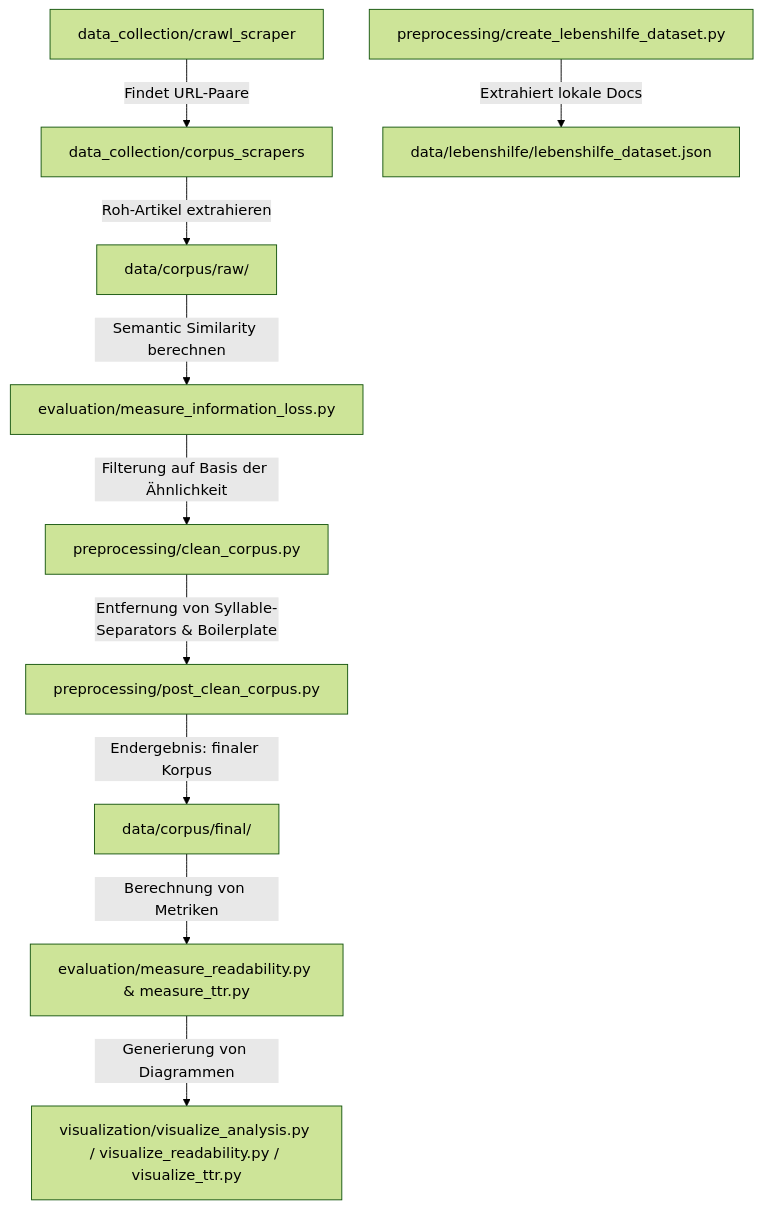
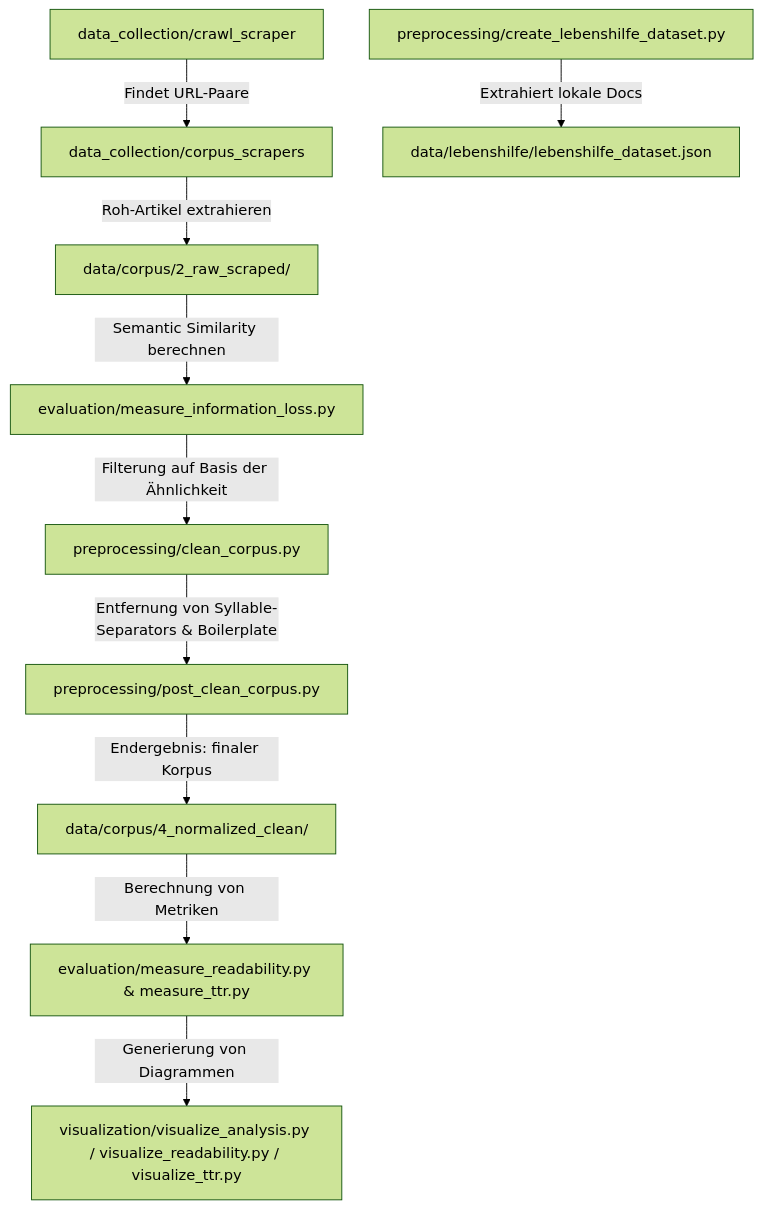
One commit to mcfiet/master-thesis changed the diagram in README.md. Above: the diagram before and after it, drawn with Mermaid (forest theme). The commit also changed other lines of this file and 72 other files, not shown here.

````diff
--- a/README.md
+++ b/README.md
@@ -92,12 +108,12 @@
 ```mermaid
 graph TD
     A[data_collection/crawl_scraper] -->|Findet URL-Paare| B[data_collection/corpus_scrapers]
-    B -->|Roh-Artikel extrahieren| C[data/corpus/raw/]
+    B -->|Roh-Artikel extrahieren| C[data/corpus/2_raw_scraped/]
     D[preprocessing/create_lebenshilfe_dataset.py] -->|Extrahiert lokale Docs| E[data/lebenshilfe/lebenshilfe_dataset.json]
     C -->|Semantic Similarity berechnen| F[evaluation/measure_information_loss.py]
     F -->|Filterung auf Basis der Ähnlichkeit| G[preprocessing/clean_corpus.py]
     G -->|Entfernung von Syllable-Separators & Boilerplate| H[preprocessing/post_clean_corpus.py]
-    H -->|Endergebnis: finaler Korpus| I[data/corpus/final/]
+    H -->|Endergebnis: finaler Korpus| I[data/corpus/4_normalized_clean/]
     I -->|Berechnung von Metriken| J[evaluation/measure_readability.py & measure_ttr.py]
     J -->|Generierung von Diagrammen| K[visualization/visualize_analysis.py / visualize_readability.py / visualize_ttr.py]
 ```
````
